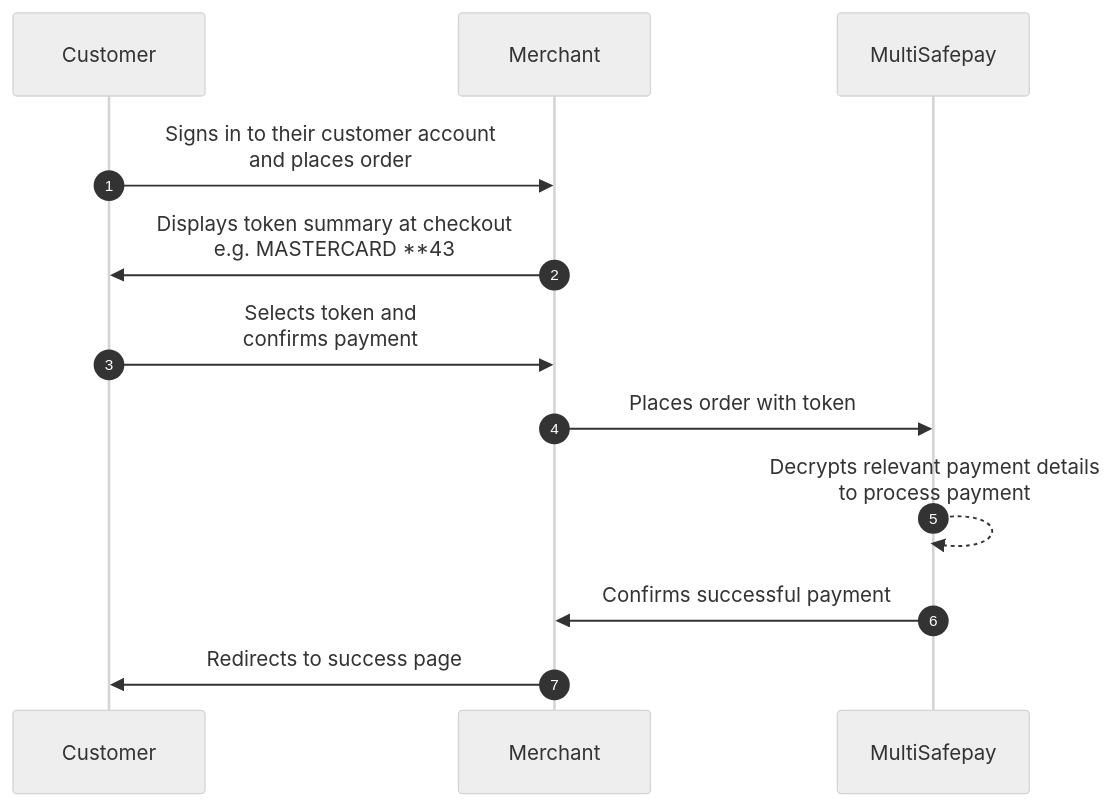
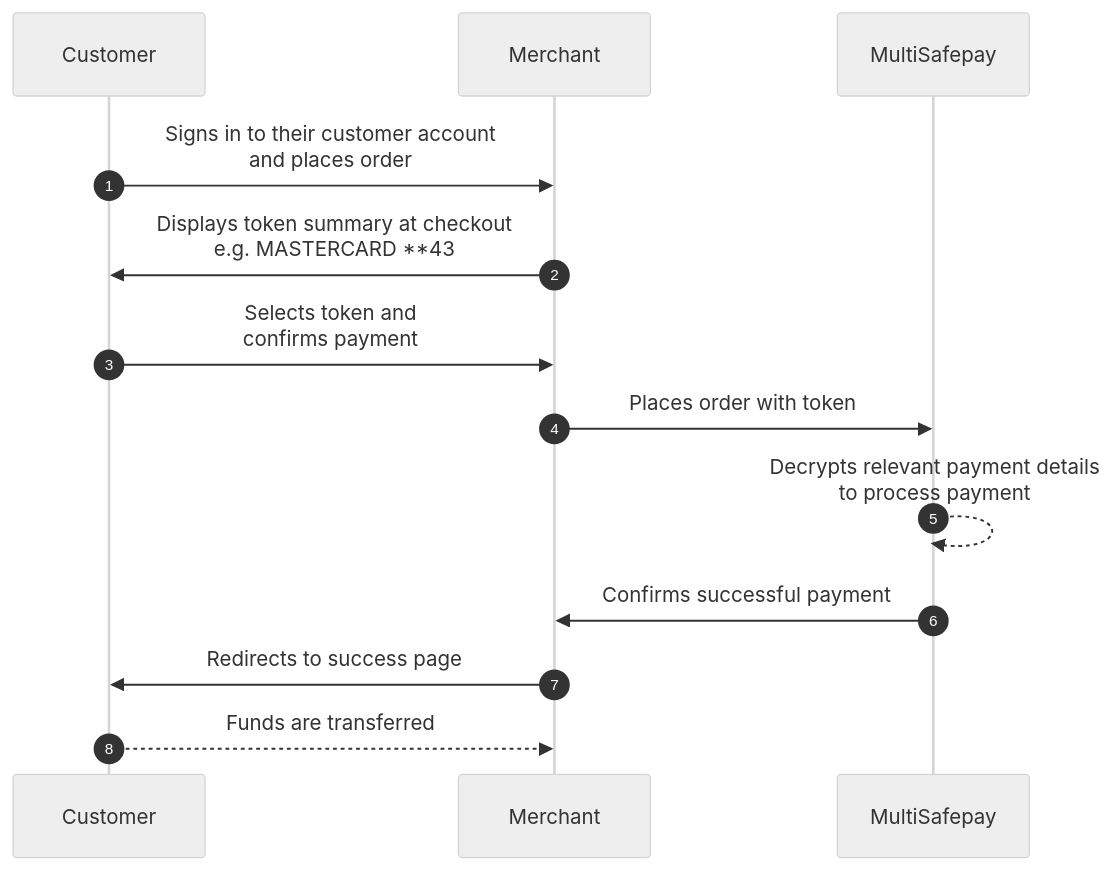
Before and after one commit to MultiSafepay/docs: the second of 3 diagrams in content/payments/features/recurring-payments/_index.md, drawn with Mermaid (neutral theme). The commit also changed other lines of this file, not shown here.

Commit message:
Add diagram for merchant-initiated recurring payments

```diff
--- a/content/payments/features/recurring-payments/_index.md
+++ b/content/payments/features/recurring-payments/_index.md
@@ -53,17 +58,18 @@
 {{< mermaid class="text-center" >}}
 
 sequenceDiagram
     autonumber
     participant C as Customer
     participant Me as Merchant
     participant Mu as MultiSafepay
 
     C->>Me: Signs in to their customer account <br> and places order
     Me->>C: Displays token summary at checkout <br> e.g. MASTERCARD **43
     C->>Me: Selects token and <br> confirms payment
     Me->>Mu: Places order with token
     Mu-->>Mu: Decrypts relevant payment details <br> to process payment
     Mu->>Me: Confirms successful payment
     Me->>C: Redirects to success page
+    C-->>Me: Funds are transferred
 
 {{< /mermaid >}}
```
